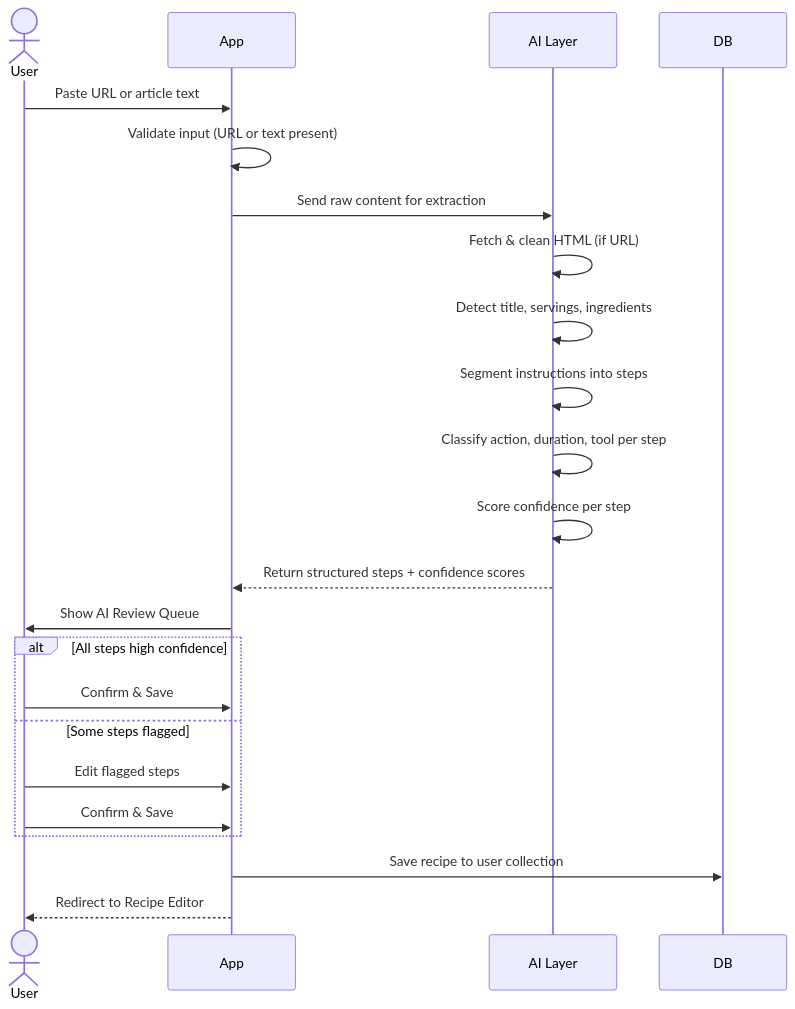
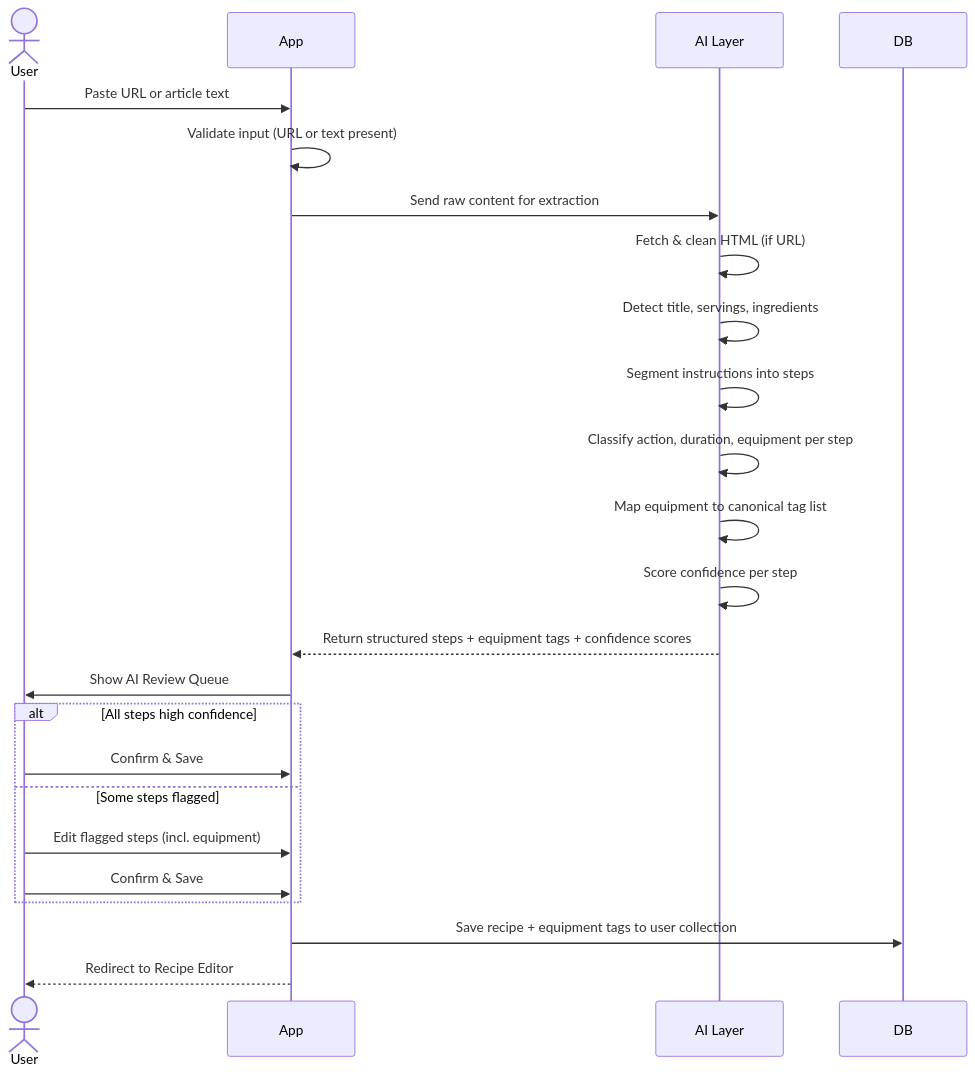
The second of 2 diagrams in docs/user-stories/WIREFRAMES.md (koktszho-zelca/StepDish), drawn with Mermaid before and after one commit. The commit also changed other lines of this file and 2 other files, not shown here.

First line of the commit message:
feat: add equipment section and ingredient-based filtering (US-025, US-026)

````diff
--- a/docs/user-stories/WIREFRAMES.md
+++ b/docs/user-stories/WIREFRAMES.md
@@ -648,26 +695,27 @@
 ```mermaid
 sequenceDiagram
     actor User
     participant App
     participant AI as AI Layer
     participant DB
 
     User->>App: Paste URL or article text
     App->>App: Validate input (URL or text present)
     App->>AI: Send raw content for extraction
     AI->>AI: Fetch & clean HTML (if URL)
     AI->>AI: Detect title, servings, ingredients
     AI->>AI: Segment instructions into steps
-    AI->>AI: Classify action, duration, tool per step
+    AI->>AI: Classify action, duration, equipment per step
+    AI->>AI: Map equipment to canonical tag list
     AI->>AI: Score confidence per step
-    AI-->>App: Return structured steps + confidence scores
+    AI-->>App: Return structured steps + equipment tags + confidence scores
     App->>User: Show AI Review Queue
     alt All steps high confidence
         User->>App: Confirm & Save
     else Some steps flagged
-        User->>App: Edit flagged steps
+        User->>App: Edit flagged steps (incl. equipment)
         User->>App: Confirm & Save
     end
-    App->>DB: Save recipe to user collection
+    App->>DB: Save recipe + equipment tags to user collection
     App-->>User: Redirect to Recipe Editor
 ```
````
